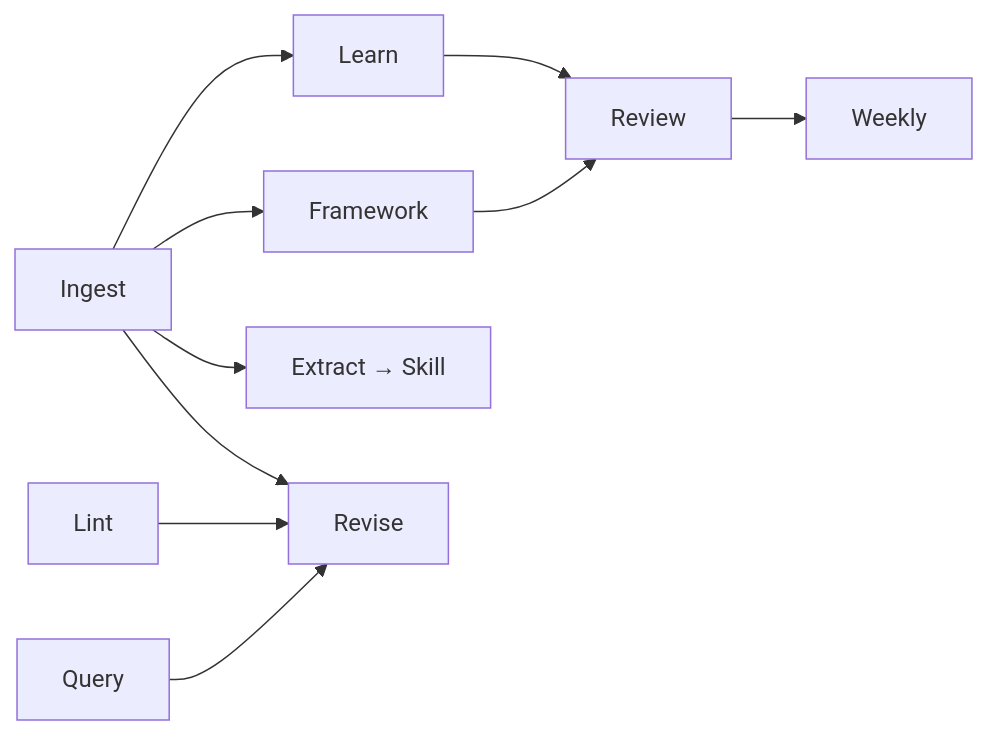
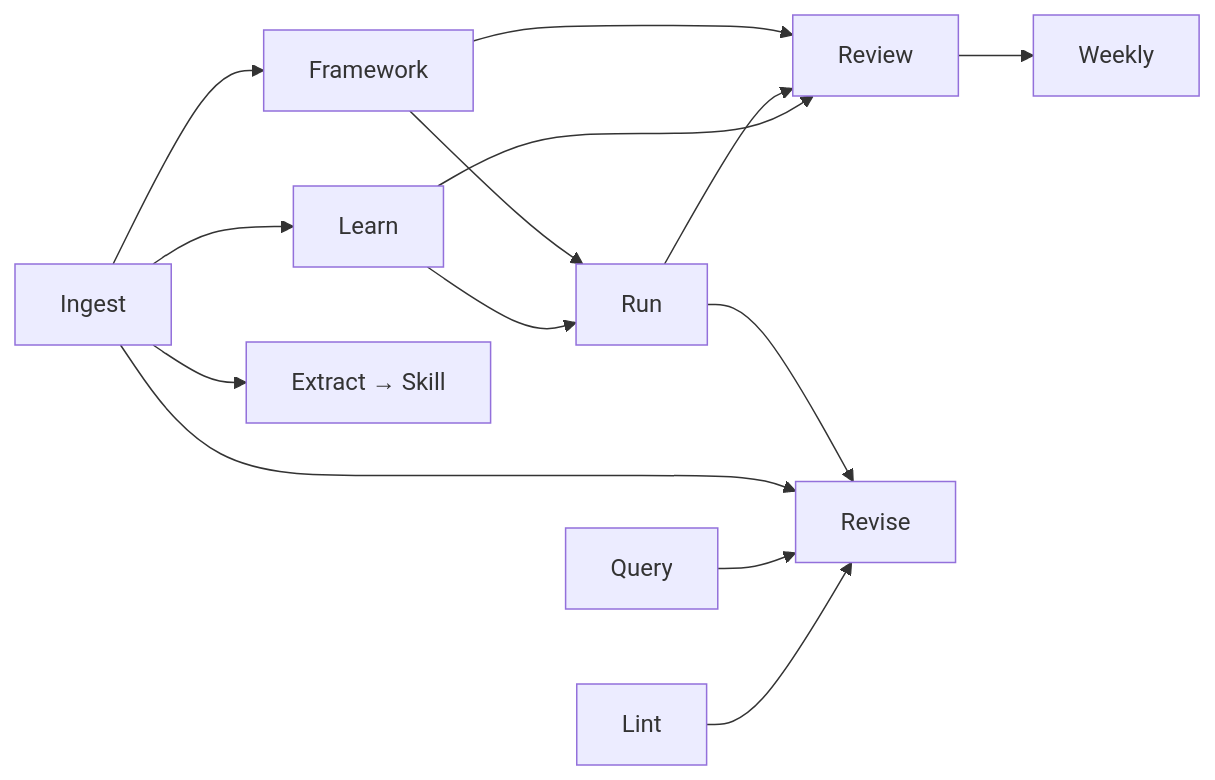
Before and after one commit to dylanchen1925/zhuomo: the second of 3 diagrams in FRAMEWORK.md, drawn with Mermaid. The commit also changed other lines of this file and 8 other files, not shown here.

````diff
--- a/FRAMEWORK.md
+++ b/FRAMEWORK.md
@@ -104,12 +110,16 @@
 ```mermaid
 flowchart LR
   IN[Ingest] --> LR[Learn]
   IN --> FW[Framework]
   IN --> EX[Extract → Skill]
+  LR --> RN[Run]
+  FW --> RN
   LR --> RV[Review]
+  RN --> RV
   FW --> RV
   RV --> WK[Weekly]
   LT[Lint] --> RZ[Revise]
   QY[Query] --> RZ
   IN --> RZ
+  RN --> RZ
 ```
````
